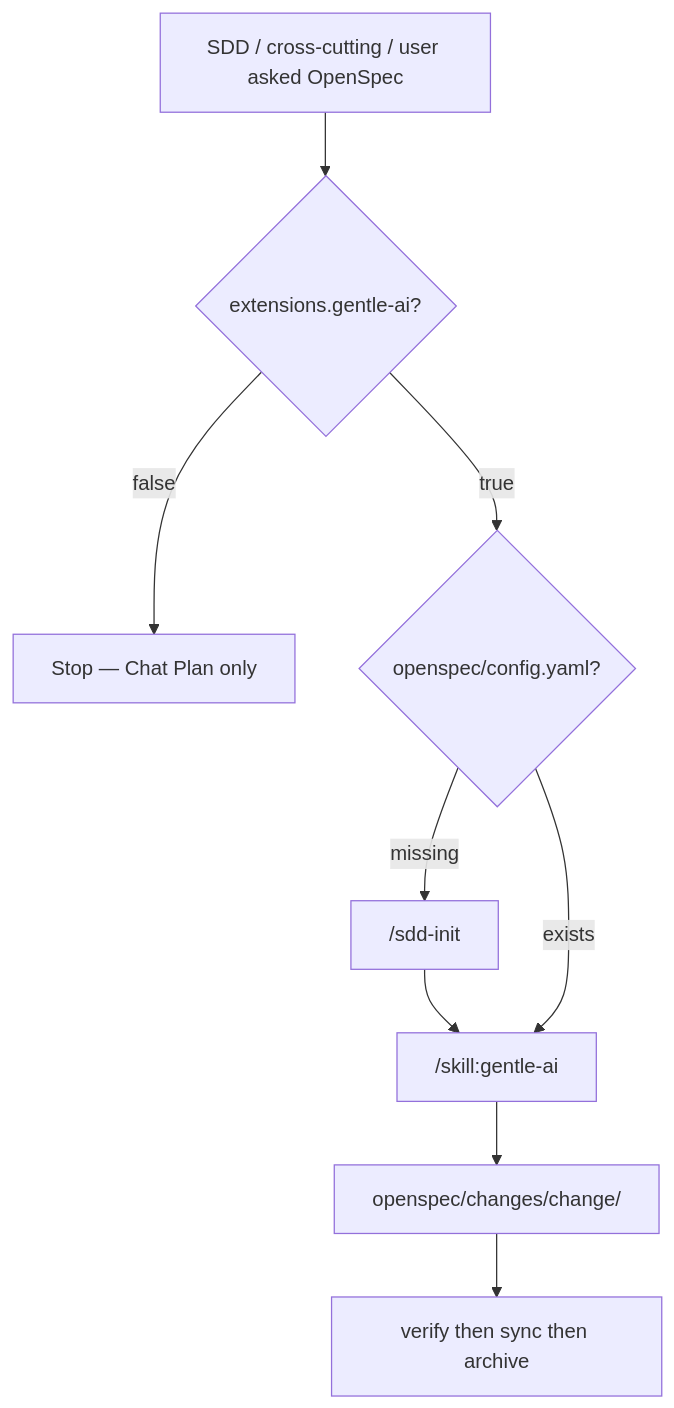
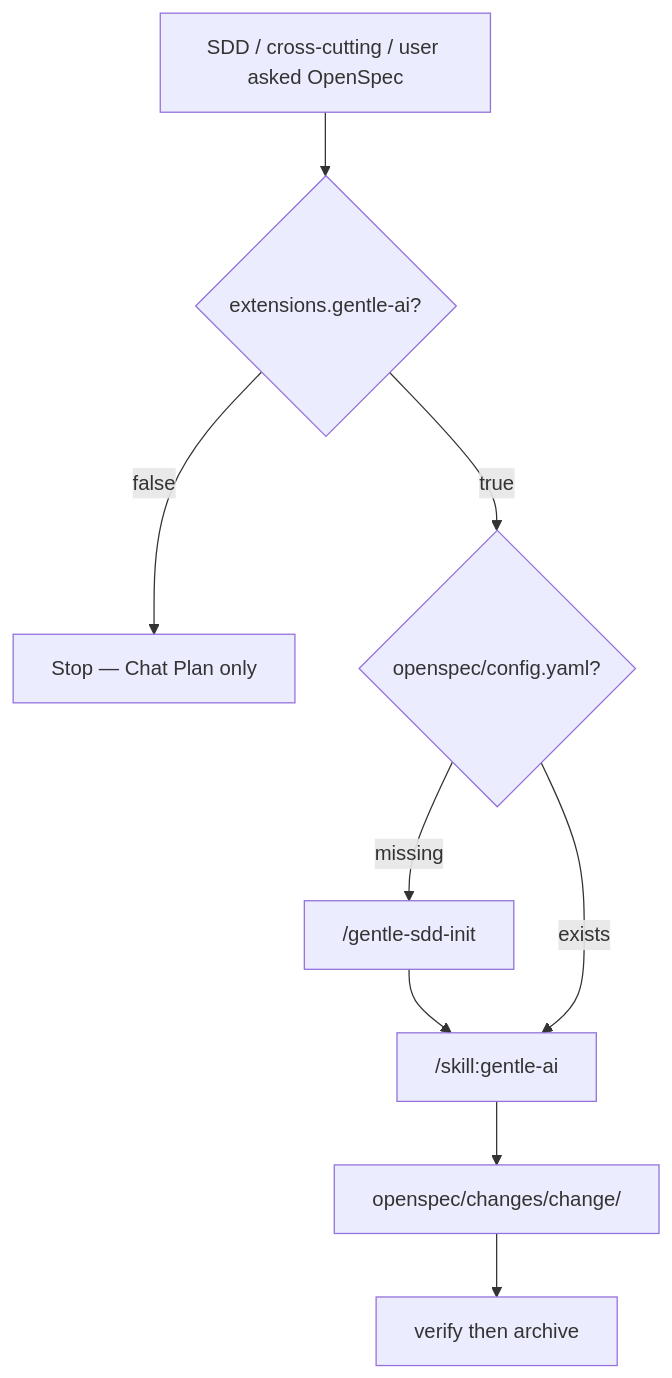
The diagram in skills/pioneer/references/openspec-routing.md (dayjobdoor/hotmilk), drawn with Mermaid before and after one commit. The commit also changed other lines of this file and 88 other files, not shown here.

````diff
--- a/skills/pioneer/references/openspec-routing.md
+++ b/skills/pioneer/references/openspec-routing.md
@@ -25,11 +25,11 @@
 ```mermaid
 flowchart TD
-  need[SDD / cross-cutting / user asked OpenSpec] --> ga{extensions.gentle-ai?}
-  ga -->|false| stop["Stop — Chat Plan only"]
-  ga -->|true| cfg{openspec/config.yaml?}
-  cfg -->|missing| init["/sdd-init"]
-  init --> skill
-  cfg -->|exists| skill["/skill:gentle-ai"]
-  skill --> arts["openspec/changes/change/"]
-  arts --> verify["verify then sync then archive"]
+  sddNeeded[SDD / cross-cutting / user asked OpenSpec] --> gentleAiEnabled{extensions.gentle-ai?}
+  gentleAiEnabled -->|false| chatPlanOnly["Stop — Chat Plan only"]
+  gentleAiEnabled -->|true| configExists{openspec/config.yaml?}
+  configExists -->|missing| sddInit["/gentle-sdd-init"]
+  sddInit --> gentleAiSkill
+  configExists -->|exists| gentleAiSkill["/skill:gentle-ai"]
+  gentleAiSkill --> changeArtifacts["openspec/changes/change/"]
+  changeArtifacts --> verifyArchive["verify then archive"]
 ```
````
